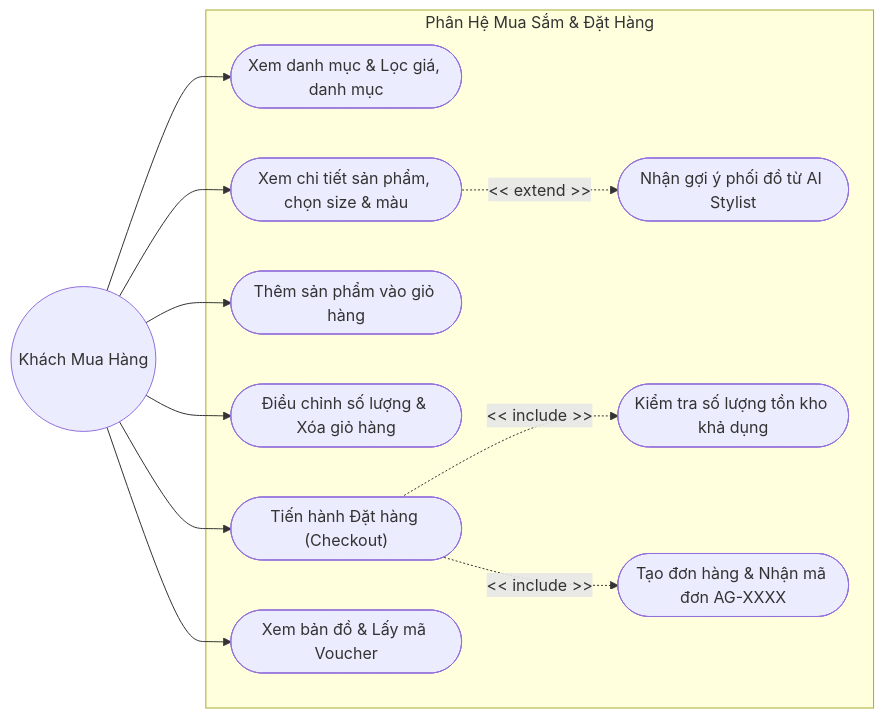
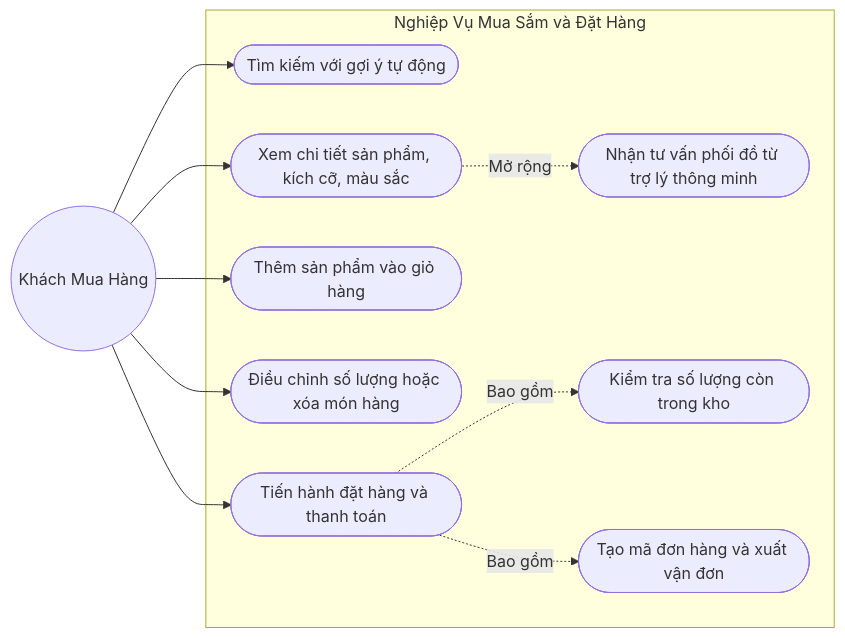
The seventh of 16 diagrams in BAO_CAO_THIET_KE_HE_THONG.md (ducmanh-jr/aethelgard_shopping_mall), drawn with Mermaid before and after one commit. The commit also changed other lines of this file and 310 other files, not shown here.

````diff
--- a/BAO_CAO_THIET_KE_HE_THONG.md
+++ b/BAO_CAO_THIET_KE_HE_THONG.md
@@ -231,27 +277,25 @@
 ```mermaid
 flowchart LR
     Customer(("Khách Mua Hàng"))
 
-    subgraph ShoppingContext ["Phân Hệ Mua Sắm & Đặt Hàng"]
-        UC1(["Xem danh mục & Lọc giá, danh mục"])
-        UC2(["Xem chi tiết sản phẩm, chọn size & màu"])
-        UC3(["Nhận gợi ý phối đồ từ AI Stylist"])
+    subgraph BuyerUseCase ["Nghiệp Vụ Mua Sắm và Đặt Hàng"]
+        UC1(["Tìm kiếm với gợi ý tự động"])
+        UC2(["Xem chi tiết sản phẩm, kích cỡ, màu sắc"])
+        UC3(["Nhận tư vấn phối đồ từ trợ lý thông minh"])
         UC4(["Thêm sản phẩm vào giỏ hàng"])
-        UC5(["Điều chỉnh số lượng & Xóa giỏ hàng"])
-        UC6(["Tiến hành Đặt hàng (Checkout)"])
-        UC7(["Kiểm tra số lượng tồn kho khả dụng"])
-        UC8(["Tạo đơn hàng & Nhận mã đơn AG-XXXX"])
-        UC9(["Xem bản đồ & Lấy mã Voucher"])
+        UC5(["Điều chỉnh số lượng hoặc xóa món hàng"])
+        UC6(["Tiến hành đặt hàng và thanh toán"])
+        UC7(["Kiểm tra số lượng còn trong kho"])
+        UC8(["Tạo mã đơn hàng và xuất vận đơn"])
 
-        UC6 -.->|<< include >>| UC7
-        UC6 -.->|<< include >>| UC8
-        UC2 -.->|<< extend >>| UC3
+        UC6 -.->|Bao gồm| UC7
+        UC6 -.->|Bao gồm| UC8
+        UC2 -.->|Mở rộng| UC3
     end
 
     Customer --> UC1
     Customer --> UC2
     Customer --> UC4
     Customer --> UC5
     Customer --> UC6
-    Customer --> UC9
 ```
````
